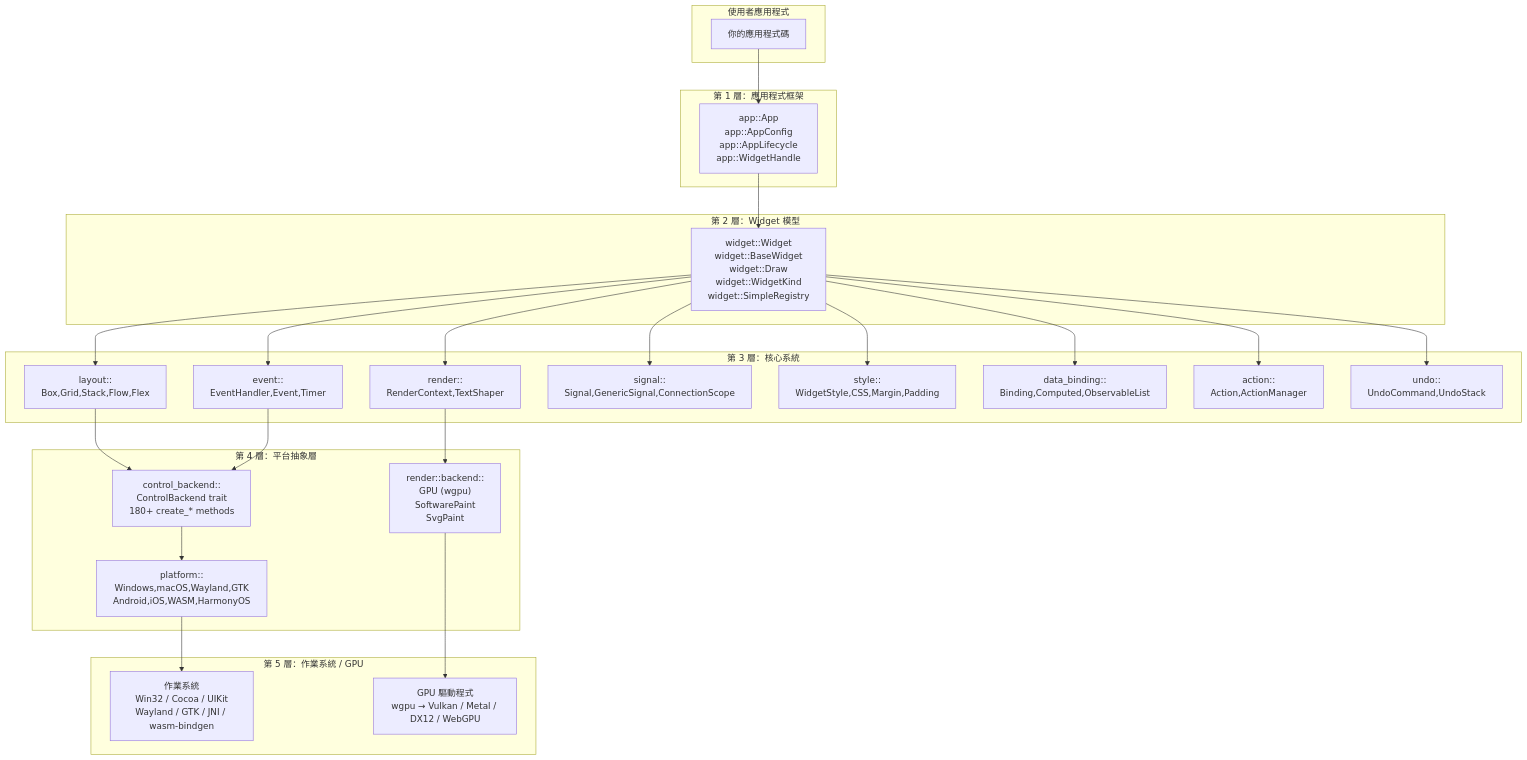
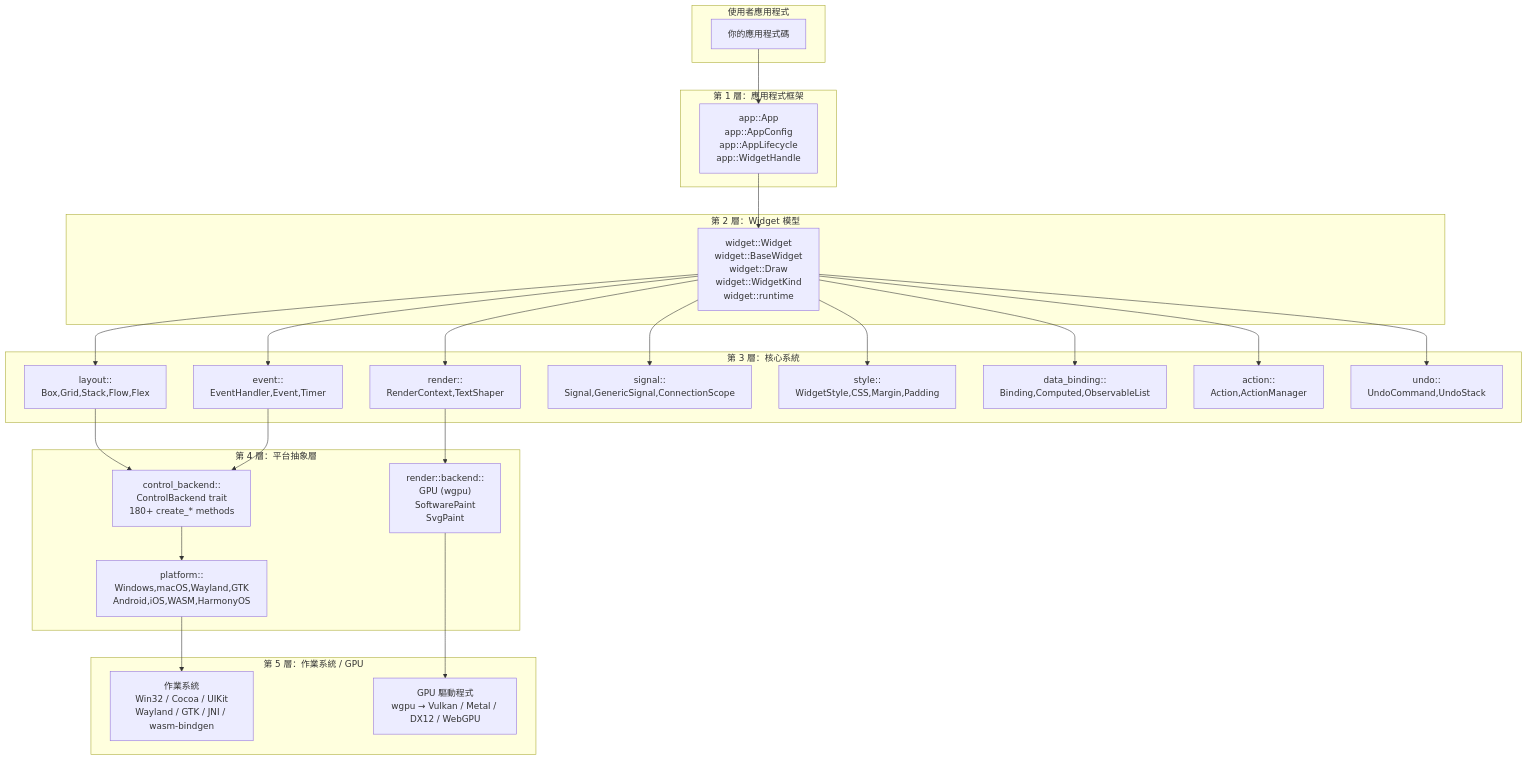
One commit to mikewolfli/rust-widgets changed the first of 6 diagrams in cookbook/zh-TW/src/chapters/architecture.md. Above: the diagram before and after it, drawn with Mermaid. The commit also changed other lines of this file and 110 other files, not shown here.

````diff
--- a/cookbook/zh-TW/src/chapters/architecture.md
+++ b/cookbook/zh-TW/src/chapters/architecture.md
@@ -11,53 +11,53 @@
 ```mermaid
 graph TB
     subgraph "使用者應用程式"
         APP_CODE["你的應用程式碼"]
     end
 
     subgraph "第 1 層：應用程式框架"
         APP["app::App<br/>app::AppConfig<br/>app::AppLifecycle<br/>app::WidgetHandle"]
     end
 
     subgraph "第 2 層：Widget 模型"
-        WIDGET["widget::Widget<br/>widget::BaseWidget<br/>widget::Draw<br/>widget::WidgetKind<br/>widget::SimpleRegistry"]
+        WIDGET["widget::Widget<br/>widget::BaseWidget<br/>widget::Draw<br/>widget::WidgetKind<br/>widget::runtime"]
     end
 
     subgraph "第 3 層：核心系統"
         LAYOUT["layout::<br/>Box,Grid,Stack,Flow,Flex"]
         RENDER["render::<br/>RenderContext,TextShaper"]
         EVENT["event::<br/>EventHandler,Event,Timer"]
         SIGNAL["signal::<br/>Signal,GenericSignal,ConnectionScope"]
         STYLE["style::<br/>WidgetStyle,CSS,Margin,Padding"]
         BINDING["data_binding::<br/>Binding,Computed,ObservableList"]
         ACTION["action::<br/>Action,ActionManager"]
         UNDO["undo::<br/>UndoCommand,UndoStack"]
     end
 
     subgraph "第 4 層：平台抽象層"
         CTRL["control_backend::<br/>ControlBackend trait<br/>180+ create_* methods"]
         PLATFORM["platform::<br/>Windows,macOS,Wayland,GTK<br/>Android,iOS,WASM,HarmonyOS"]
         BACKEND["render::backend::<br/>GPU (wgpu)<br/>SoftwarePaint<br/>SvgPaint"]
     end
 
     subgraph "第 5 層：作業系統 / GPU"
         OS["作業系統<br/>Win32 / Cocoa / UIKit<br/>Wayland / GTK / JNI / wasm-bindgen"]
         GPU["GPU 驅動程式<br/>wgpu → Vulkan / Metal / DX12 / WebGPU"]
     end
 
     APP_CODE --> APP
     APP --> WIDGET
     WIDGET --> LAYOUT
     WIDGET --> RENDER
     WIDGET --> EVENT
     WIDGET --> SIGNAL
     WIDGET --> STYLE
     WIDGET --> BINDING
     WIDGET --> ACTION
     WIDGET --> UNDO
     LAYOUT --> CTRL
     RENDER --> BACKEND
     EVENT --> CTRL
     CTRL --> PLATFORM
     BACKEND --> GPU
     PLATFORM --> OS
 ```
````
